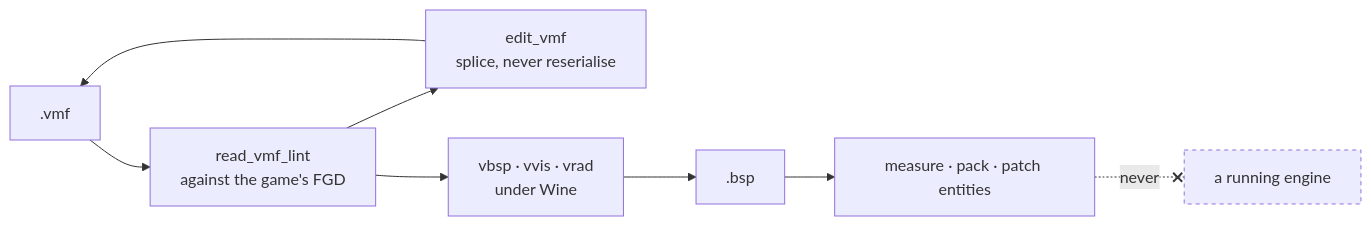
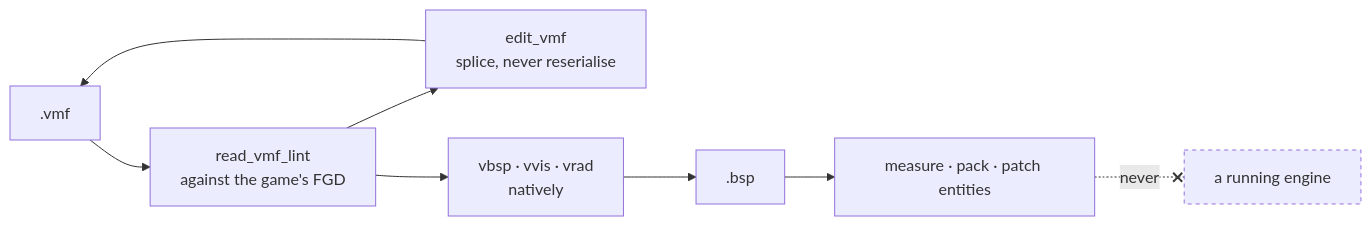
Before and after one commit to NexPG/L4D2-HSMCP: the diagram in README.md, drawn with Mermaid. The commit also changed other lines of this file and 23 other files, not shown here.

````diff
--- a/README.md
+++ b/README.md
@@ -38,11 +38,11 @@
 ```mermaid
 flowchart LR
   VMF[".vmf"] --> LINT["read_vmf_lint<br/>against the game's FGD"]
   LINT --> EDIT["edit_vmf<br/>splice, never reserialise"]
   EDIT --> VMF
-  LINT --> C["vbsp · vvis · vrad<br/>under Wine"]
+  LINT --> C["vbsp · vvis · vrad<br/>natively"]
   C --> BSP[".bsp"]
   BSP --> M["measure · pack · patch entities"]
   M -. never .-x ENG["a running engine"]
   style ENG stroke-dasharray: 4 4
 ```
````
